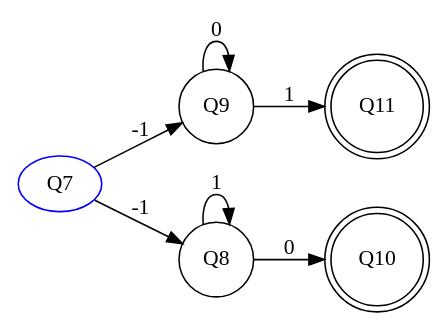
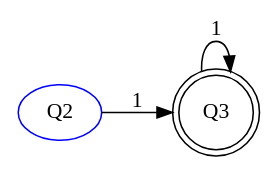
One commit to Ruting-Team/CGH-STDLIB changed the diagram in nfa2.dot. Above: the diagram before and after it, drawn with Graphviz. The commit also changed 8 other files, not shown here.

```diff
--- a/nfa2.dot
+++ b/nfa2.dot
@@ -1,13 +1,9 @@
 digraph {
 rankdir=LR;
-Q7[color=blue];
+Q2[color=blue];
 node [shape=doublecircle];
-Q11 Q10 ;
+Q3 ;
 node [shape=circle];
-Q9 -> Q11[label="1"];
-Q9 -> Q9[label="0"];
-Q8 -> Q10[label="0"];
-Q8 -> Q8[label="1"];
-Q7 -> Q9[label="-1"];
-Q7 -> Q8[label="-1"];
+Q3 -> Q3[label="1"];
+Q2 -> Q3[label="1"];
 }
```
